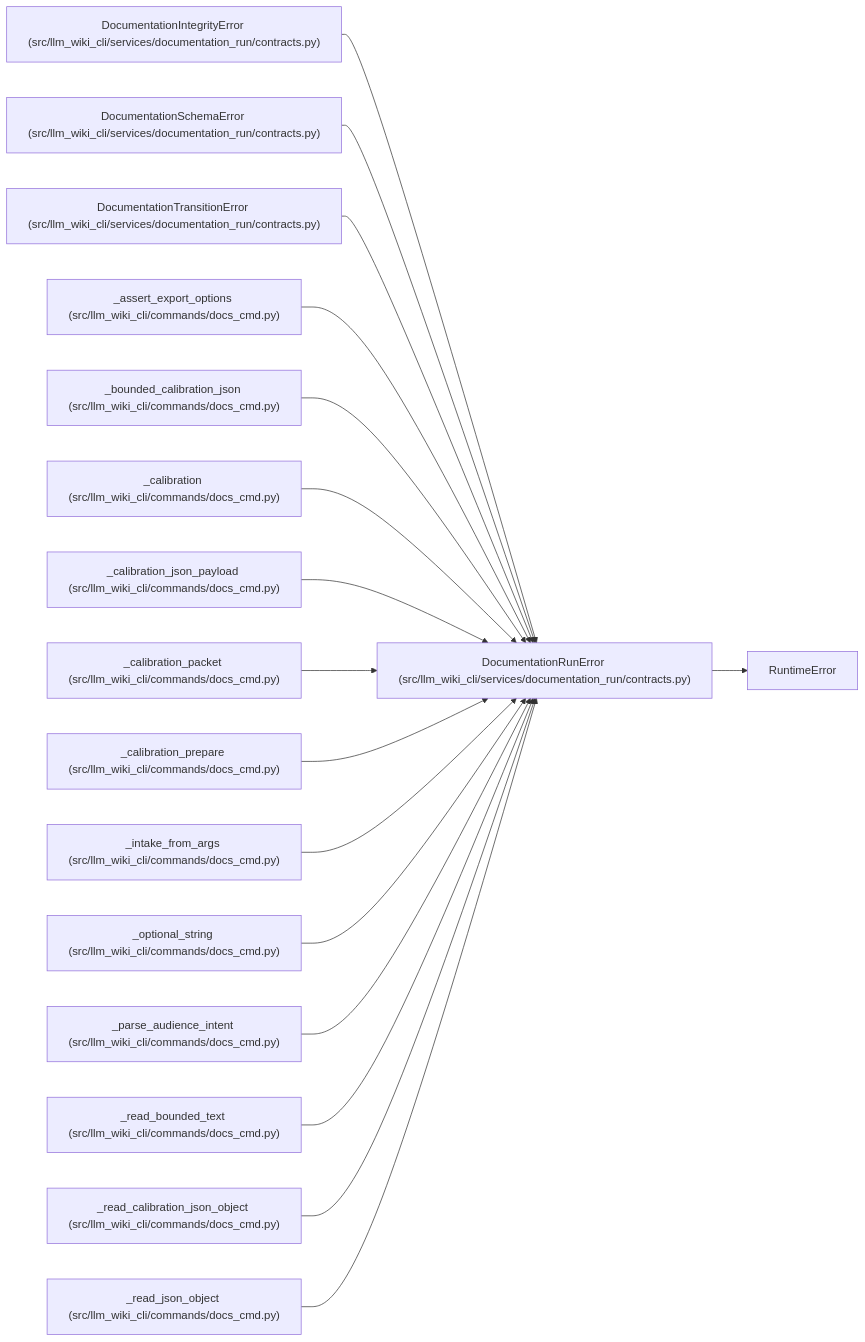
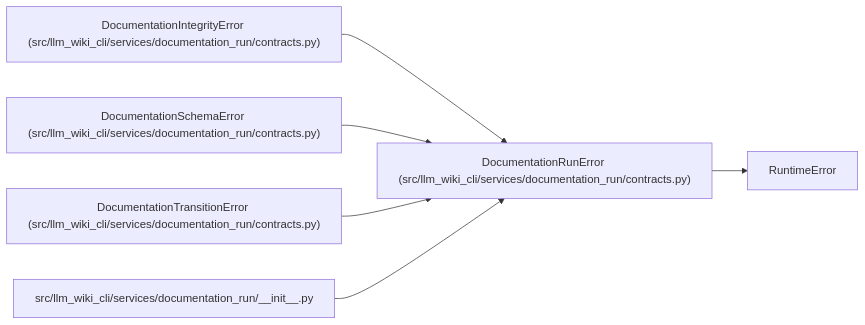
The diagram in docs/llm_wiki/entities/DocumentationRunError.md (Denissvgn/python-wiki-llm), drawn with Mermaid before and after one commit. The commit also changed other lines of this file and 719 other files, not shown here.

````diff
--- a/docs/llm_wiki/entities/DocumentationRunError.md
+++ b/docs/llm_wiki/entities/DocumentationRunError.md
@@ -23,52 +23,19 @@
 ```mermaid
 flowchart LR
     n0["DocumentationRunError (src/llm_wiki_cli/services/documentation_run/contracts.py)"]
     n1["RuntimeError"]
     n2["DocumentationIntegrityError (src/llm_wiki_cli/services/documentation_run/contracts.py)"]
     n3["DocumentationSchemaError (src/llm_wiki_cli/services/documentation_run/contracts.py)"]
     n4["DocumentationTransitionError (src/llm_wiki_cli/services/documentation_run/contracts.py)"]
-    n5["_assert_export_options (src/llm_wiki_cli/commands/docs_cmd.py)"]
-    n6["_bounded_calibration_json (src/llm_wiki_cli/commands/docs_cmd.py)"]
-    n7["_calibration (src/llm_wiki_cli/commands/docs_cmd.py)"]
-    n8["_calibration_json_payload (src/llm_wiki_cli/commands/docs_cmd.py)"]
-    n9["_calibration_packet (src/llm_wiki_cli/commands/docs_cmd.py)"]
-    n10["_calibration_prepare (src/llm_wiki_cli/commands/docs_cmd.py)"]
-    n11["_intake_from_args (src/llm_wiki_cli/commands/docs_cmd.py)"]
-    n12["_optional_string (src/llm_wiki_cli/commands/docs_cmd.py)"]
-    n13["_parse_audience_intent (src/llm_wiki_cli/commands/docs_cmd.py)"]
-    n14["_read_bounded_text (src/llm_wiki_cli/commands/docs_cmd.py)"]
-    n15["_read_calibration_json_object (src/llm_wiki_cli/commands/docs_cmd.py)"]
-    n16["_read_json_object (src/llm_wiki_cli/commands/docs_cmd.py)"]
+    n5["src/llm_wiki_cli/services/documentation_run/__init__.py"]
     n0 --> n1
     n2 --> n0
     n3 --> n0
     n4 --> n0
     n5 --> n0
-    n6 --> n0
-    n7 --> n0
-    n8 --> n0
-    n9 --> n0
-    n10 --> n0
-    n11 --> n0
-    n12 --> n0
-    n13 --> n0
-    n14 --> n0
-    n15 --> n0
-    n16 --> n0
     click n0 "../modules/documentation_run_contracts.md"
     click n2 "../modules/documentation_run_contracts.md"
     click n3 "../modules/documentation_run_contracts.md"
     click n4 "../modules/documentation_run_contracts.md"
-    click n5 "../modules/docs_cmd.md"
-    click n6 "../modules/docs_cmd.md"
-    click n7 "../modules/docs_cmd.md"
-    click n8 "../modules/docs_cmd.md"
-    click n9 "../modules/docs_cmd.md"
-    click n10 "../modules/docs_cmd.md"
-    click n11 "../modules/docs_cmd.md"
-    click n12 "../modules/docs_cmd.md"
-    click n13 "../modules/docs_cmd.md"
-    click n14 "../modules/docs_cmd.md"
-    click n15 "../modules/docs_cmd.md"
-    click n16 "../modules/docs_cmd.md"
+    click n5 "../modules/documentation_run___init__.md"
 ```
````
